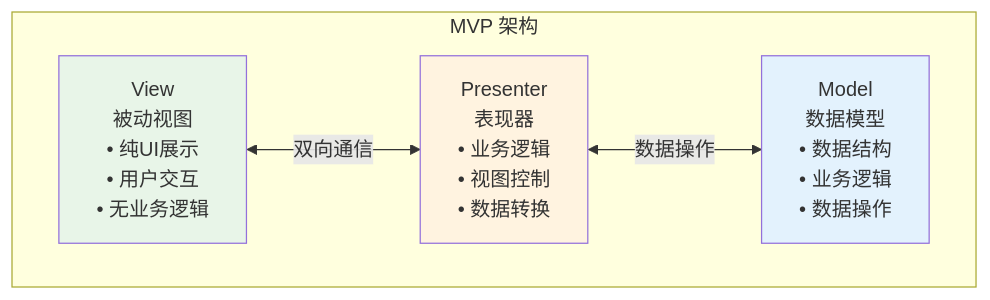
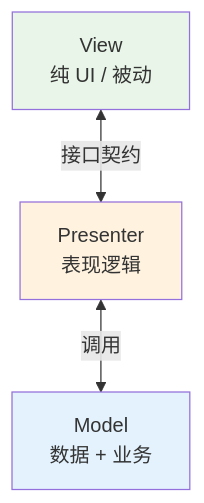
The ninth of 17 diagrams in 00.通用技术的提升/07.方案设计思想/卷一-架构与组件/01.通用架构设计方案.md (chongyang211/YCBookBlog), drawn with Mermaid before and after one commit. The commit also changed other lines of this file and 5 other files, not shown here.

````diff
--- a/00.通用技术的提升/07.方案设计思想/卷一-架构与组件/01.通用架构设计方案.md
+++ b/00.通用技术的提升/07.方案设计思想/卷一-架构与组件/01.通用架构设计方案.md
@@ -556,15 +328,13 @@
 ```mermaid
 graph TB
-    subgraph "MVP 架构"
-        M[Model<br/>数据模型<br/>• 数据结构<br/>• 业务逻辑<br/>• 数据操作]
-        V[View<br/>被动视图<br/>• 纯UI展示<br/>• 用户交互<br/>• 无业务逻辑]
-        P[Presenter<br/>表现器<br/>• 业务逻辑<br/>• 视图控制<br/>• 数据转换]
-    end
+    M[Model<br/>数据 + 业务]
+    V[View<br/>纯 UI / 被动]
+    P[Presenter<br/>表现逻辑]
     
-    V <-->|双向通信| P
-    P <-->|数据操作| M
+    V <-->|接口契约| P
+    P <-->|调用| M
     
     style M fill:#e3f2fd
     style V fill:#e8f5e8
     style P fill:#fff3e0
 ```
````
